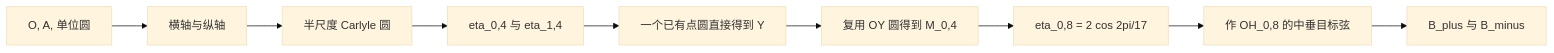
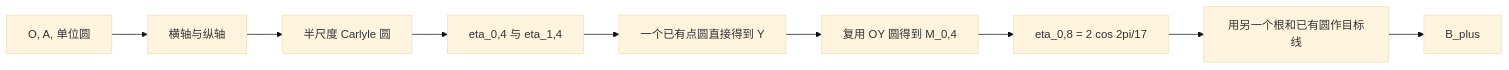
Before and after one commit to lenovobenben/euclid-min: the diagram in baselines/regular-17/detemple-1991-carlyle-improved-converted/explanation.md, drawn with Mermaid (base theme). The commit also changed other lines of this file and 11 other files, not shown here.

````diff
--- a/baselines/regular-17/detemple-1991-carlyle-improved-converted/explanation.md
+++ b/baselines/regular-17/detemple-1991-carlyle-improved-converted/explanation.md
@@ -165,11 +165,11 @@
 ```mermaid
 flowchart LR
   I[O, A, 单位圆] --> AX[横轴与纵轴]
   AX --> HS[半尺度 Carlyle 圆]
   HS --> R4[eta_0,4 与 eta_1,4]
   R4 --> Y[一个已有点圆直接得到 Y]
   Y --> RM[复用 OY 圆得到 M_0,4]
   RM --> R8[eta_0,8 = 2 cos 2pi/17]
-  R8 --> TC[作 OH_0,8 的中垂目标弦]
-  TC --> B[B_plus 与 B_minus]
+  R8 --> TC[用另一个根和已有圆作目标线]
+  TC --> B[B_plus]
 ```
````
